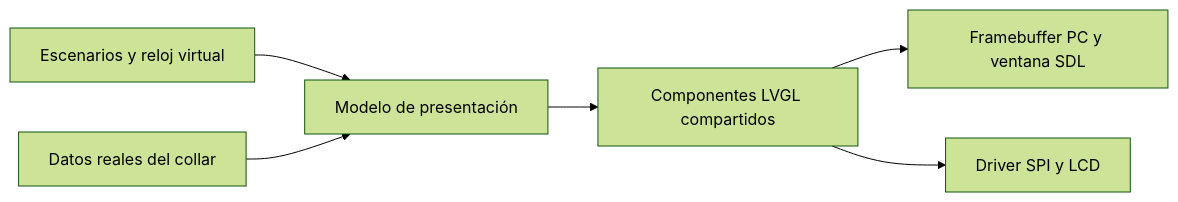
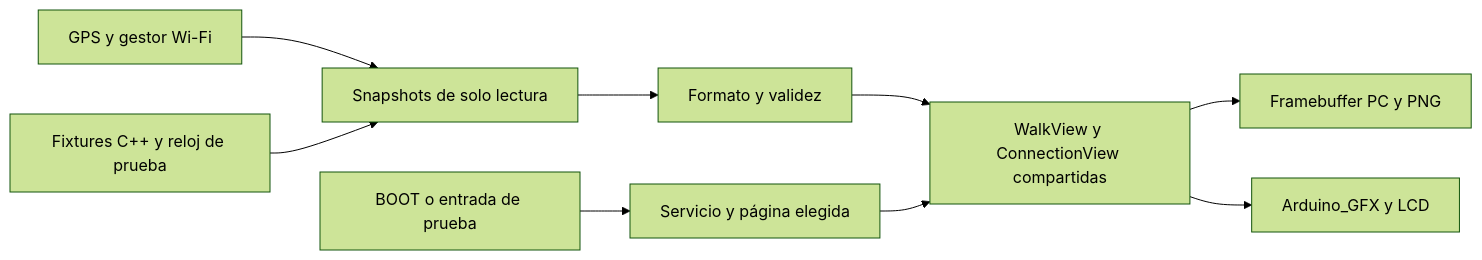
The diagram in docs/PLANS/2026-09-12_display-ai-workflow.md (bultodepapas/Dog-RGB), drawn with Mermaid (forest theme) before and after one commit. The commit also changed other lines of this file and 20 other files, not shown here.

````diff
--- a/docs/PLANS/2026-09-12_display-ai-workflow.md
+++ b/docs/PLANS/2026-09-12_display-ai-workflow.md
@@ -47,8 +62,11 @@
 ```mermaid
 flowchart LR
-    FIX[Escenarios y reloj virtual] --> MODEL[Modelo de presentación]
-    GPS[Datos reales del collar] --> MODEL
-    MODEL --> UI[Componentes LVGL compartidos]
-    UI --> HOST[Framebuffer PC y ventana SDL]
-    UI --> DEVICE[Driver SPI y LCD]
+    REAL[GPS y gestor Wi-Fi] --> SNAP[Snapshots de solo lectura]
+    FIX[Fixtures C++ y reloj de prueba] --> SNAP
+    SNAP --> FORMAT[Formato y validez]
+    FORMAT --> UI[WalkView y ConnectionView compartidas]
+    UI --> PC[Framebuffer PC y PNG]
+    UI --> LCD[Arduino_GFX y LCD]
+    BUTTON[BOOT o entrada de prueba] --> CONTROL[Servicio y página elegida]
+    CONTROL --> UI
 ```
````
